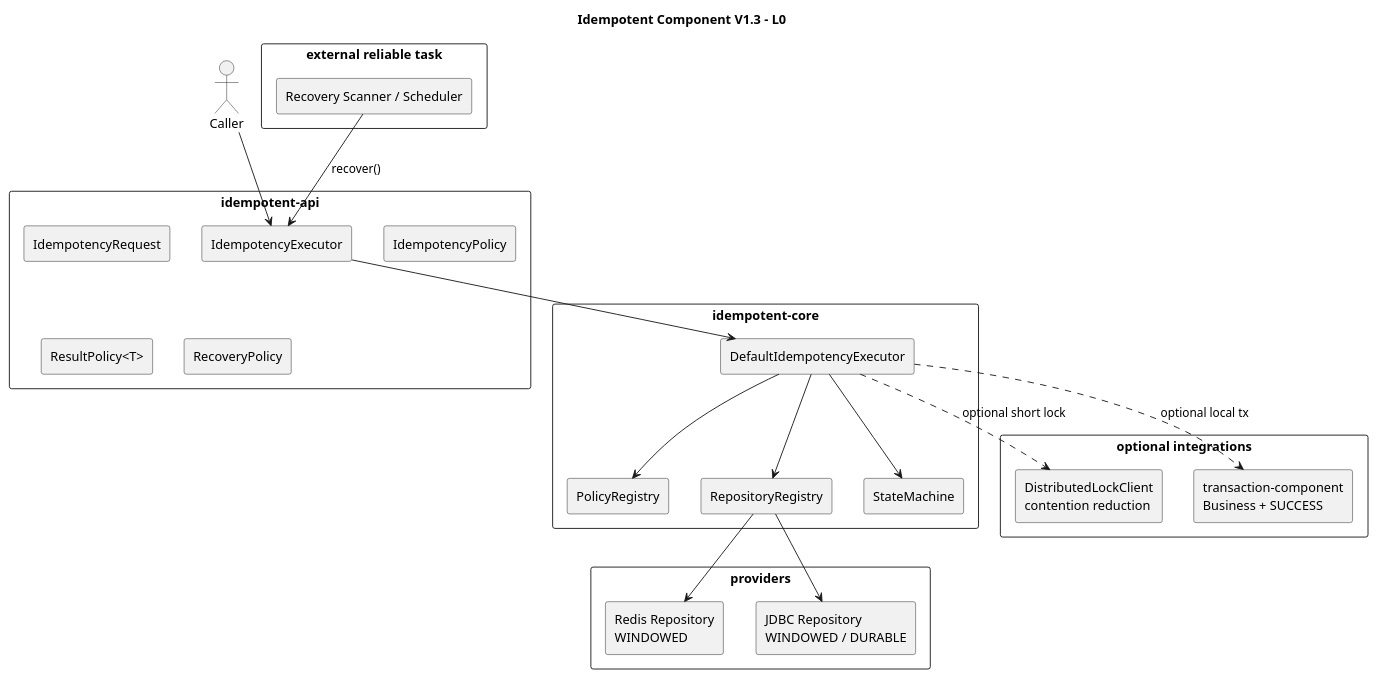
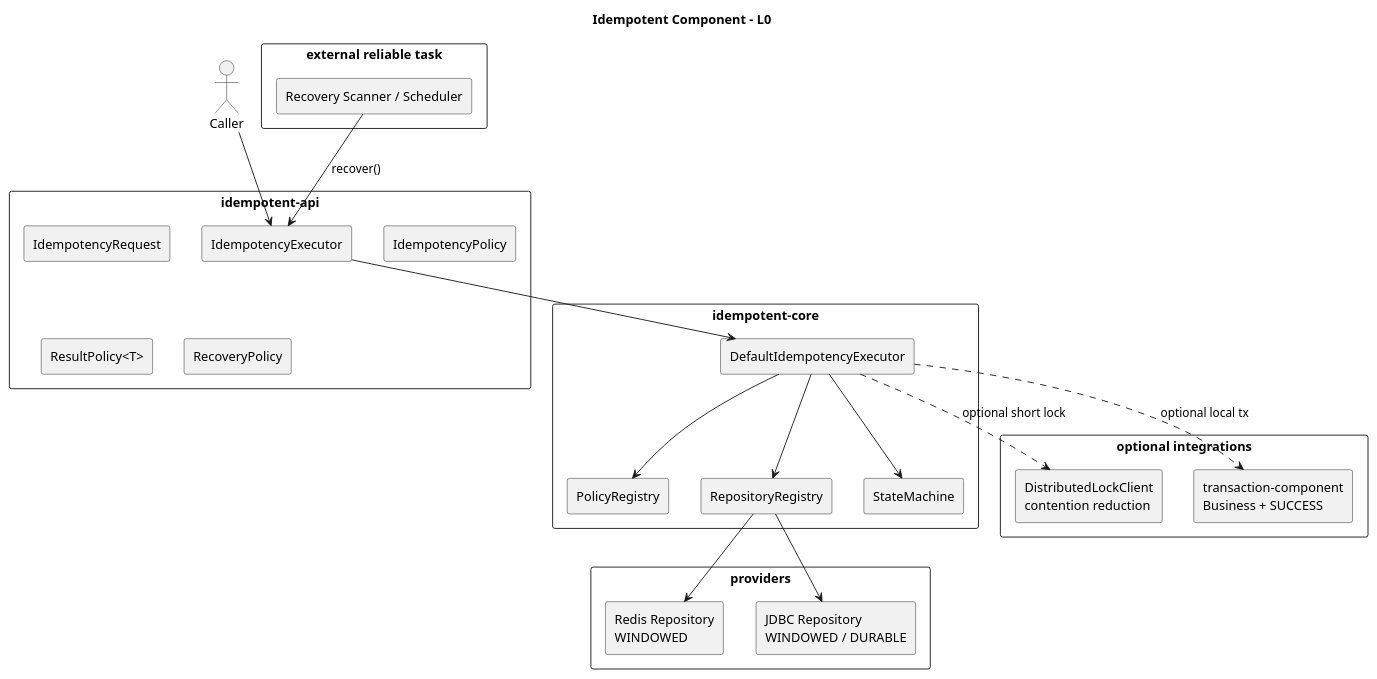
One commit to pbxjtumse/cola-web-standard changed the diagram in component/idempotent-component/docs/diagrams/component/L0-overview.puml. Above: the diagram before and after it, drawn with PlantUML. The commit also changed 47 other files, not shown here.

```diff
--- a/component/idempotent-component/docs/diagrams/component/L0-overview.puml
+++ b/component/idempotent-component/docs/diagrams/component/L0-overview.puml
@@ -1,47 +1,47 @@
 @startuml
-title Idempotent Component V1.3 - L0
+title Idempotent Component - L0
 
 skinparam componentStyle rectangle
 
 actor Caller
 
 rectangle "idempotent-api" {
   [IdempotencyExecutor]
   [IdempotencyRequest]
   [IdempotencyPolicy]
   [ResultPolicy<T>]
   [RecoveryPolicy]
 }
 
 rectangle "idempotent-core" {
   [PolicyRegistry]
   [RepositoryRegistry]
   [StateMachine]
   [DefaultIdempotencyExecutor]
 }
 
 rectangle "providers" {
   [Redis Repository\nWINDOWED]
   [JDBC Repository\nWINDOWED / DURABLE]
 }
 
 rectangle "optional integrations" {
   [DistributedLockClient\ncontention reduction]
   [transaction-component\nBusiness + SUCCESS]
 }
 
 rectangle "external reliable task" {
   [Recovery Scanner / Scheduler]
 }
 
 Caller --> [IdempotencyExecutor]
 [IdempotencyExecutor] --> [DefaultIdempotencyExecutor]
 [DefaultIdempotencyExecutor] --> [PolicyRegistry]
 [DefaultIdempotencyExecutor] --> [RepositoryRegistry]
 [DefaultIdempotencyExecutor] --> [StateMachine]
 [RepositoryRegistry] --> [Redis Repository\nWINDOWED]
 [RepositoryRegistry] --> [JDBC Repository\nWINDOWED / DURABLE]
 [DefaultIdempotencyExecutor] ..> [DistributedLockClient\ncontention reduction] : optional short lock
 [DefaultIdempotencyExecutor] ..> [transaction-component\nBusiness + SUCCESS] : optional local tx
 [Recovery Scanner / Scheduler] --> [IdempotencyExecutor] : recover()
 @enduml
```
